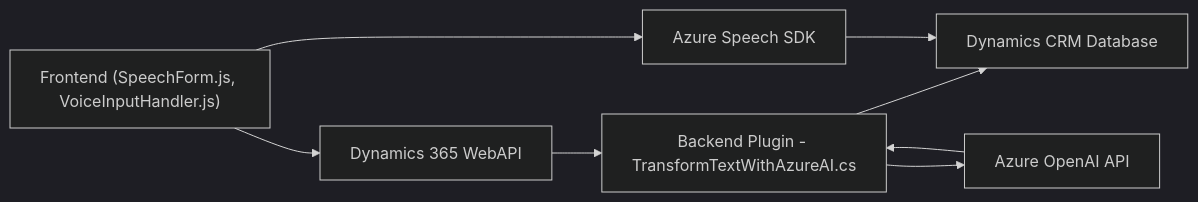
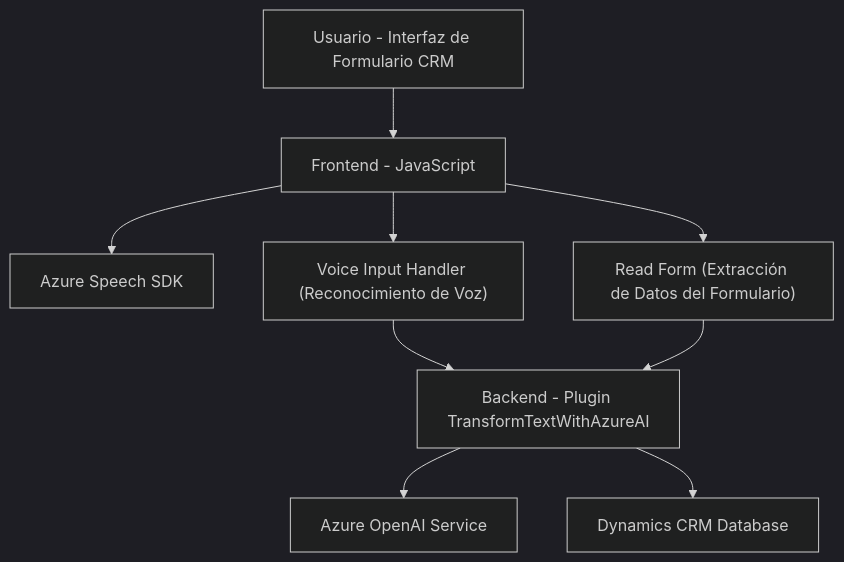
The diagram in README.md (blopezdm/NETCORE_BILBAO2025), drawn with Mermaid (dark theme) before and after one commit. The commit also changed other lines of this file, not shown here.

````diff
--- a/README.md
+++ b/README.md
@@ -37,10 +29,20 @@
 ```mermaid
-graph LR
-    A["Frontend (SpeechForm.js, VoiceInputHandler.js)"] --> B["Azure Speech SDK"]
-    A --> C["Dynamics 365 WebAPI"]
-    C --> D["Backend Plugin - TransformTextWithAzureAI.cs"]
-    D --> E["Azure OpenAI API"]
-    D --> F["Dynamics CRM Database"]
-    B --> F
+graph TD
+    A["Usuario - Interfaz de Formulario CRM"]
+    B["Frontend - JavaScript"]
+    C["Azure Speech SDK"]
+    D["Azure OpenAI Service"]
+    E["Backend - Plugin TransformTextWithAzureAI"]
+    F["Dynamics CRM Database"]
+    G["Voice Input Handler (Reconocimiento de Voz)"]
+    H["Read Form (Extracción de Datos del Formulario)"]
+
+    A --> B
+    B --> G
+    B --> H
+    B --> C
+    G --> E
+    H --> E
     E --> D
+    E --> F
 ```
````
